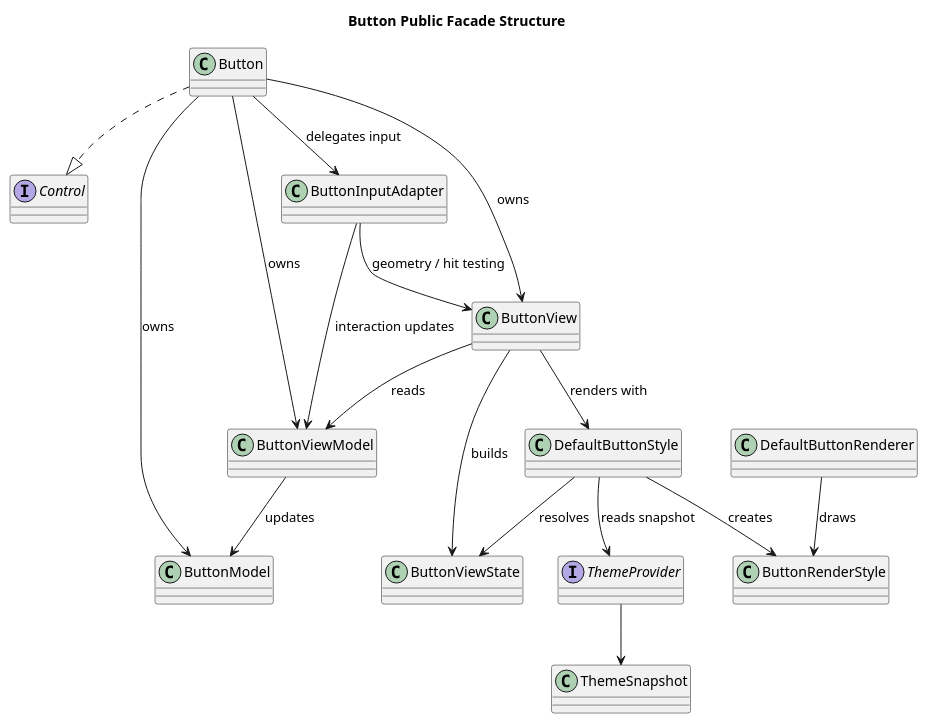
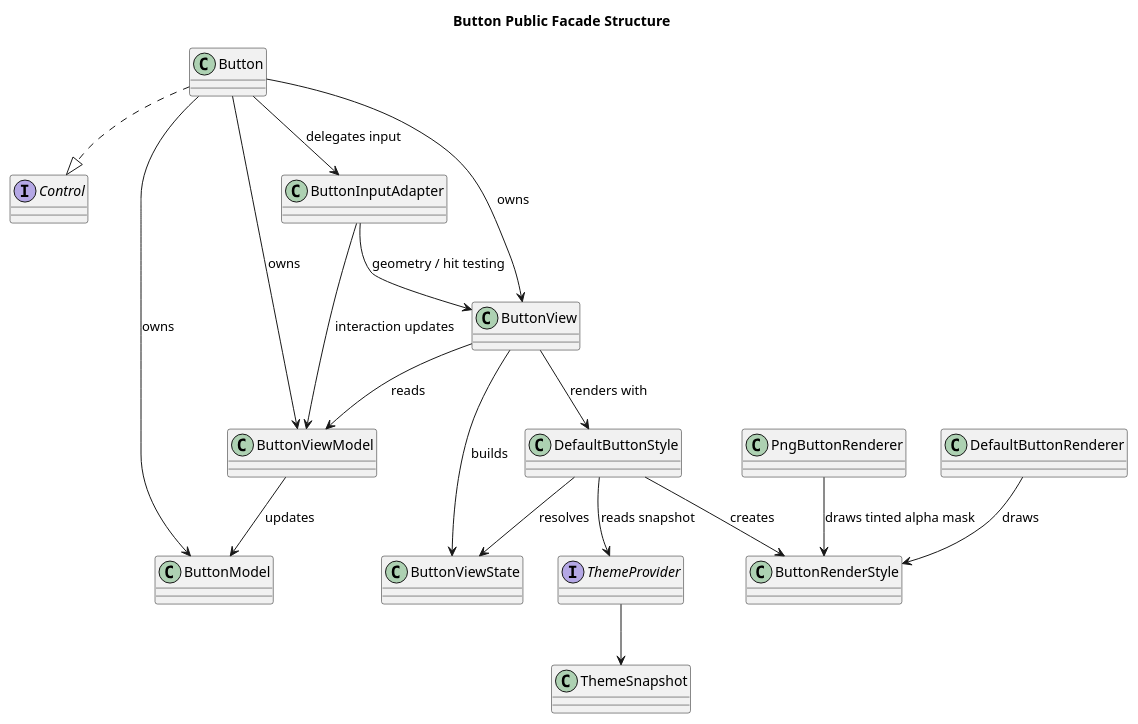
The diagram in docs/uml/control_button.puml (cdpoloz/cpz-mvvm-processing-controls), drawn with PlantUML before and after one commit. The commit also changed 19 other files, not shown here.

Commit message:
Button: soporte para carga de un archivo PNG

```diff
--- a/docs/uml/control_button.puml
+++ b/docs/uml/control_button.puml
@@ -1,35 +1,37 @@
 @startuml
 title Button Public Facade Structure
 skinparam packageStyle rectangle
 skinparam shadowing false
 
 interface Control
 class Button
 class ButtonModel
 class ButtonViewModel
 class ButtonView
 class ButtonInputAdapter
 class ButtonViewState
 class DefaultButtonStyle
 class ButtonRenderStyle
 class DefaultButtonRenderer
+class PngButtonRenderer
 interface ThemeProvider
 class ThemeSnapshot
 
 Button ..|> Control
 Button --> ButtonModel : owns
 Button --> ButtonViewModel : owns
 Button --> ButtonView : owns
 Button --> ButtonInputAdapter : delegates input
 ButtonInputAdapter --> ButtonView : geometry / hit testing
 ButtonInputAdapter --> ButtonViewModel : interaction updates
 ButtonViewModel --> ButtonModel : updates
 ButtonView --> ButtonViewModel : reads
 ButtonView --> ButtonViewState : builds
 ButtonView --> DefaultButtonStyle : renders with
 DefaultButtonStyle --> ThemeProvider : reads snapshot
 ThemeProvider --> ThemeSnapshot
 DefaultButtonStyle --> ButtonViewState : resolves
 DefaultButtonStyle --> ButtonRenderStyle : creates
 DefaultButtonRenderer --> ButtonRenderStyle : draws
+PngButtonRenderer --> ButtonRenderStyle : draws tinted alpha mask
 @enduml
```
